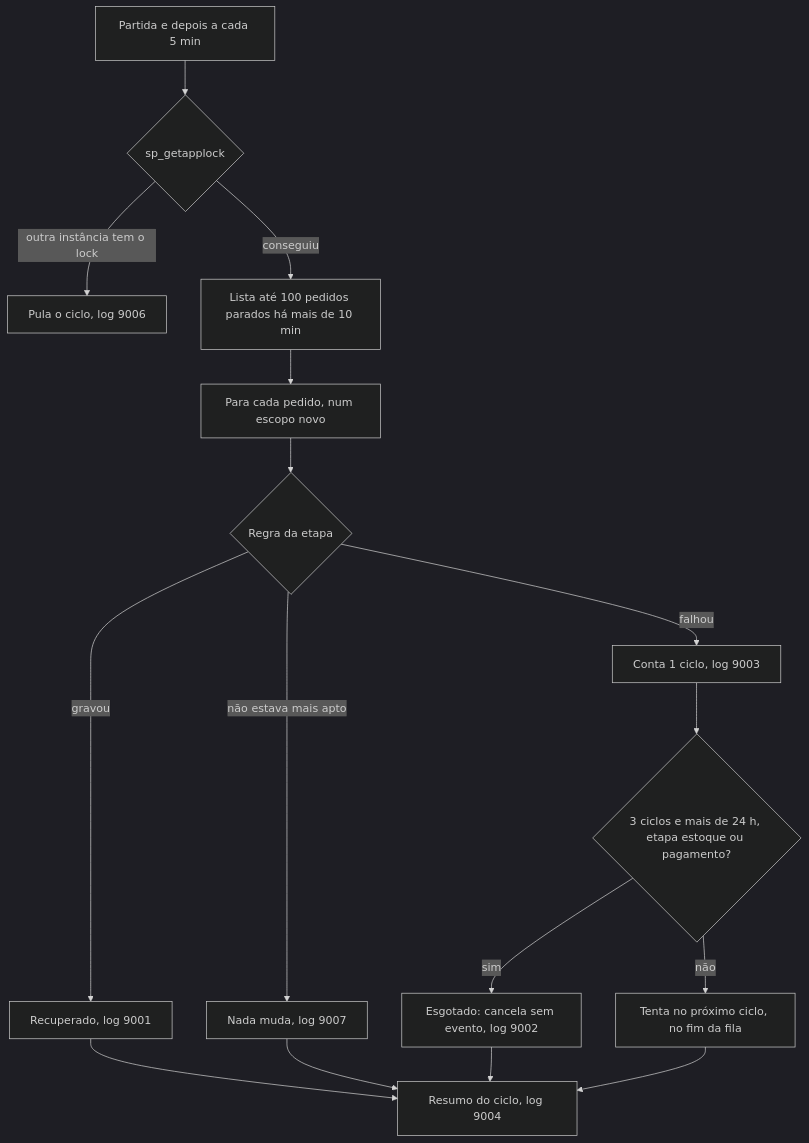
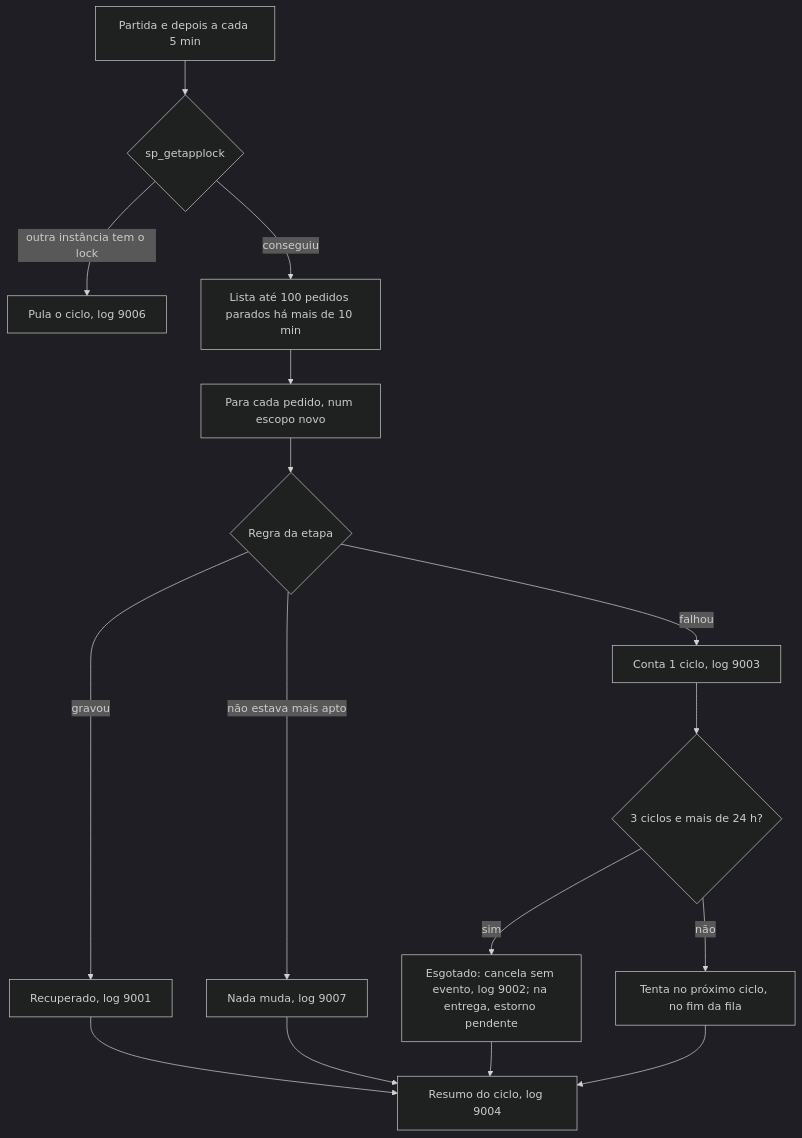
Before and after one commit to LucasFrenhan/Order-Management-System: the diagram in docs/fluxos/09-reconciliacao.md, drawn with Mermaid (dark theme). The commit also changed other lines of this file and 11 other files, not shown here.

````diff
--- a/docs/fluxos/09-reconciliacao.md
+++ b/docs/fluxos/09-reconciliacao.md
@@ -21,15 +22,15 @@
 ```mermaid
 flowchart TD
     A[Partida e depois a cada 5 min] --> B{sp_getapplock}
     B -- outra instância tem o lock --> Z[Pula o ciclo, log 9006]
     B -- conseguiu --> C[Lista até 100 pedidos parados há mais de 10 min]
     C --> D[Para cada pedido, num escopo novo]
     D --> E{Regra da etapa}
     E -- gravou --> F[Recuperado, log 9001]
     E -- não estava mais apto --> G[Nada muda, log 9007]
     E -- falhou --> H[Conta 1 ciclo, log 9003]
-    H --> I{3 ciclos e mais de 24 h, etapa estoque ou pagamento?}
-    I -- sim --> J[Esgotado: cancela sem evento, log 9002]
+    H --> I{3 ciclos e mais de 24 h?}
+    I -- sim --> J[Esgotado: cancela sem evento, log 9002; na entrega, estorno pendente]
     I -- não --> K[Tenta no próximo ciclo, no fim da fila]
     F & G & J & K --> L[Resumo do ciclo, log 9004]
 ```
````
